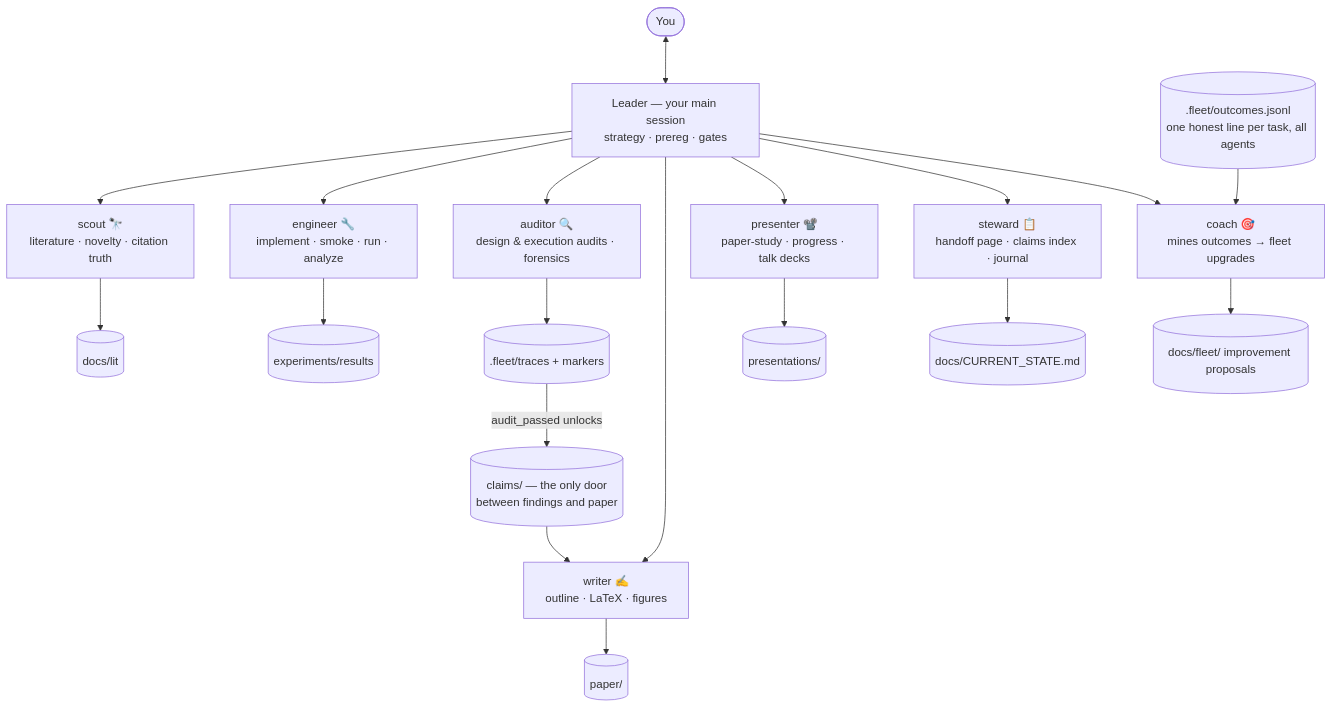
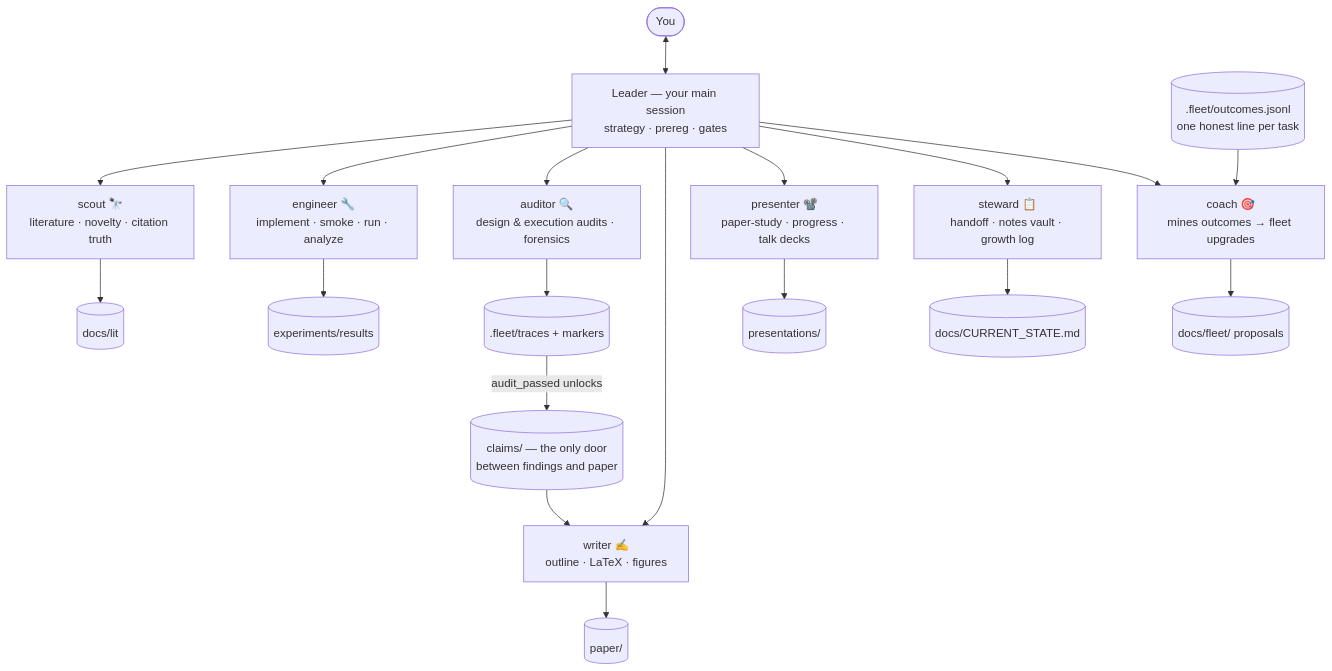
Before and after one commit to shanyuzhe/research-fleet: the diagram in README.md, drawn with Mermaid. The commit also changed other lines of this file and 1 other file, not shown here.

````diff
--- a/README.md
+++ b/README.md
@@ -102,21 +104,21 @@
 ```mermaid
 flowchart TD
     U([You]) <--> L[Leader — your main session<br/>strategy · prereg · gates]
     L --> S[scout 🔭<br/>literature · novelty · citation truth]
     L --> E[engineer 🔧<br/>implement · smoke · run · analyze]
     L --> A[auditor 🔍<br/>design & execution audits · forensics]
     L --> W[writer ✍️<br/>outline · LaTeX · figures]
     L --> P[presenter 📽️<br/>paper-study · progress · talk decks]
-    L --> ST[steward 📋<br/>handoff page · claims index · journal]
+    L --> ST[steward 📋<br/>handoff · notes vault · growth log]
     L --> C[coach 🎯<br/>mines outcomes → fleet upgrades]
     S --> lit[(docs/lit)]
     E --> res[(experiments/results)]
     A --> tr[(.fleet/traces + markers)]
     W --> paper[(paper/)]
     P --> decks[(presentations/)]
     ST --> cs[(docs/CURRENT_STATE.md)]
-    ol[(.fleet/outcomes.jsonl<br/>one honest line per task, all agents)] --> C
-    C --> fi[(docs/fleet/ improvement proposals)]
+    ol[(.fleet/outcomes.jsonl<br/>one honest line per task)] --> C
+    C --> fi[(docs/fleet/ proposals)]
     cl[(claims/ — the only door<br/>between findings and paper)] --> W
     tr -- audit_passed unlocks --> cl
 ```
````
